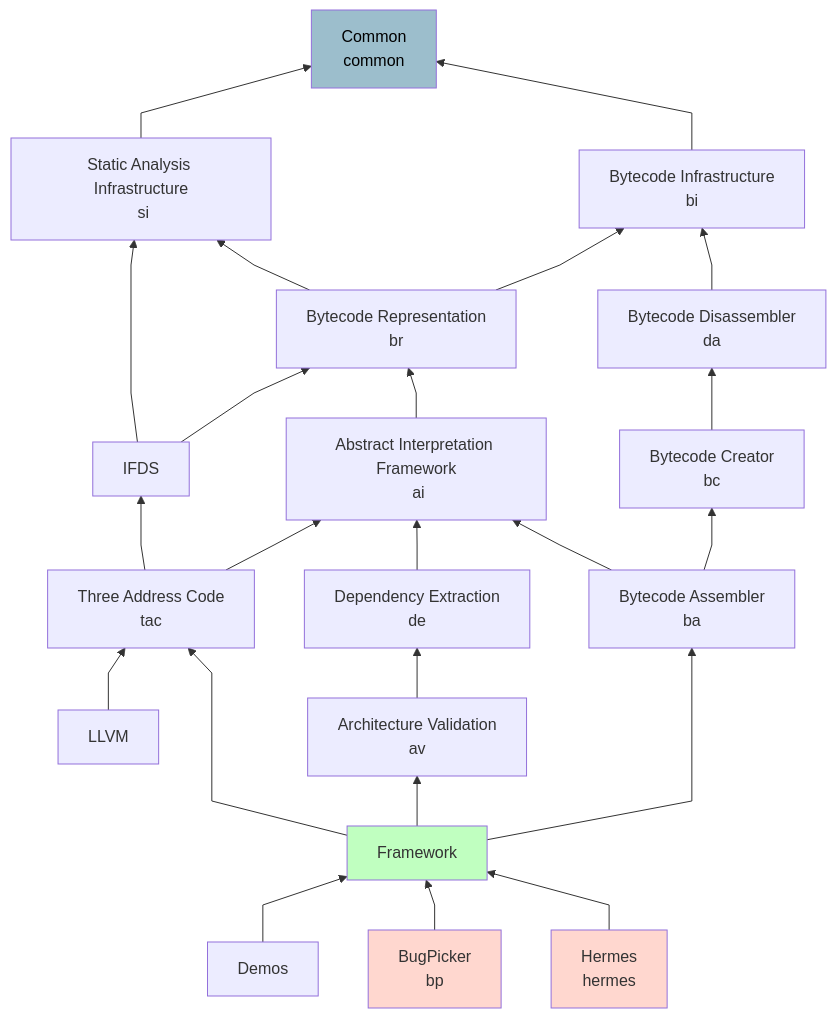
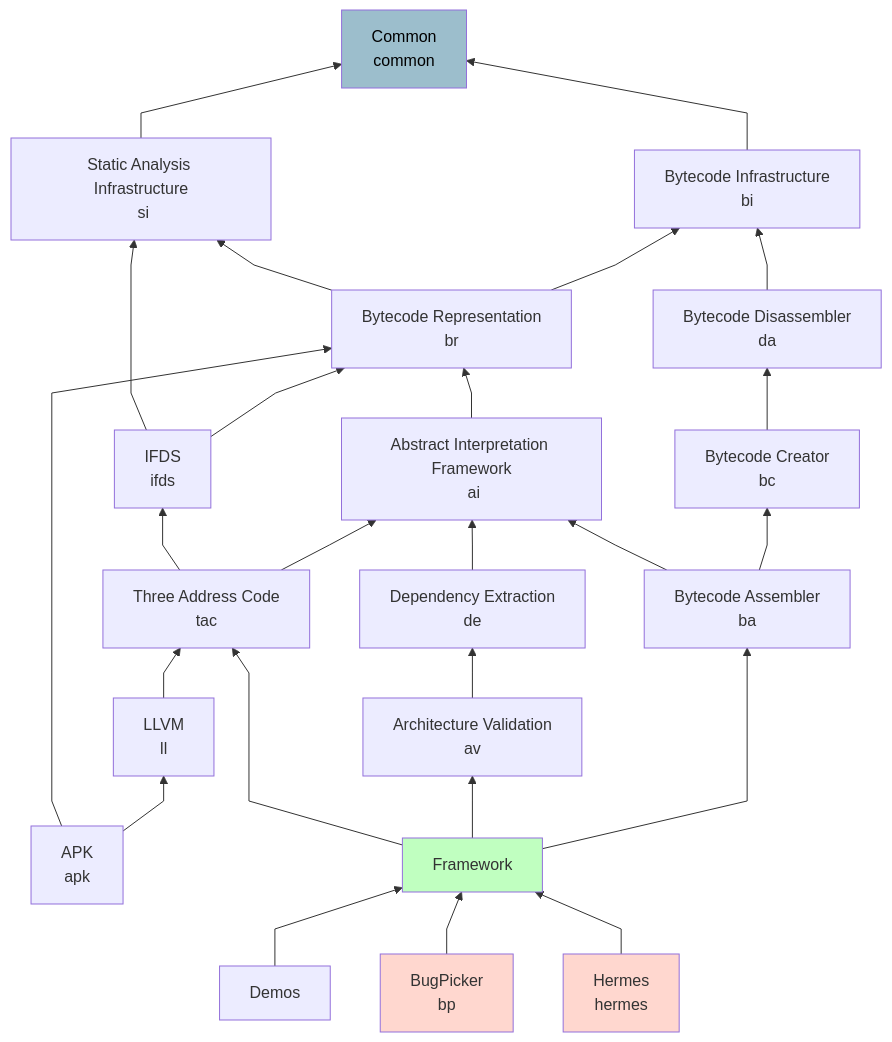
Before and after one commit to opalj/opal: the diagram in OPAL/ProjectDependencies.mmd, drawn with Mermaid. The commit also changed 3 other files, not shown here.

```diff
--- a/OPAL/ProjectDependencies.mmd
+++ b/OPAL/ProjectDependencies.mmd
@@ -1,67 +1,71 @@
 %%{ init: { 'flowchart': { 'curve': 'linear' } } }%%
 flowchart BT
     
-    common[Common \n common]
+    common[Common\n common]
 
     si[Static Analysis Infrastructure\n si]
     bi[Bytecode Infrastructure\n bi]
 
     br[Bytecode Representation\n br]
     da[Bytecode Disassembler\n da]
 
-    ifds[IFDS]
+    ifds[IFDS\n ifds]
     ai[Abstract Interpretation Framework\n ai]
     bc[Bytecode Creator\n bc]
 
     tac[Three Address Code\n tac]
     de[Dependency Extraction\n de]
     ba[Bytecode Assembler\n ba]
 
-    ll[LLVM]
+    ll[LLVM\n ll]
+    apk[APK\n apk]
     av[Architecture Validation\n av]
 
     framework[Framework]
 
     demos[Demos]
-    bp[BugPicker \n bp]
-    hermes[Hermes \n hermes]
+    bp[BugPicker\n bp]
+    hermes[Hermes\n hermes]
 
     style common fill:#9cbecc,color:black
     style framework fill:#c0ffc0
     style bp fill:#ffd7cf
     style hermes fill:#ffd7cf
 
     si --> common
 
     bi --> common
 
     br --> si
     br --> bi
     da --> bi
 
     ifds --> si
     ifds --> br
 
     ai --> br
 
     bc --> da
 
     de --> ai
 
     tac --> ifds
     tac --> ai
 
     ll --> tac
 
+    apk --> br
+    apk --> ll
+
     ba --> ai
     ba --> bc
 
     av --> de
 
     framework --> tac
     framework --> av
     framework --> ba
     
     demos --> framework
     bp --> framework
     hermes --> framework
```
